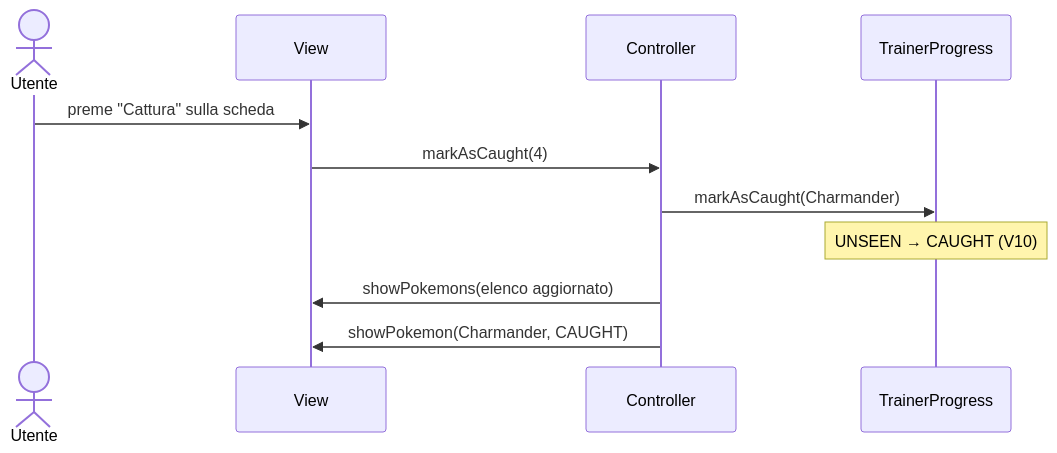
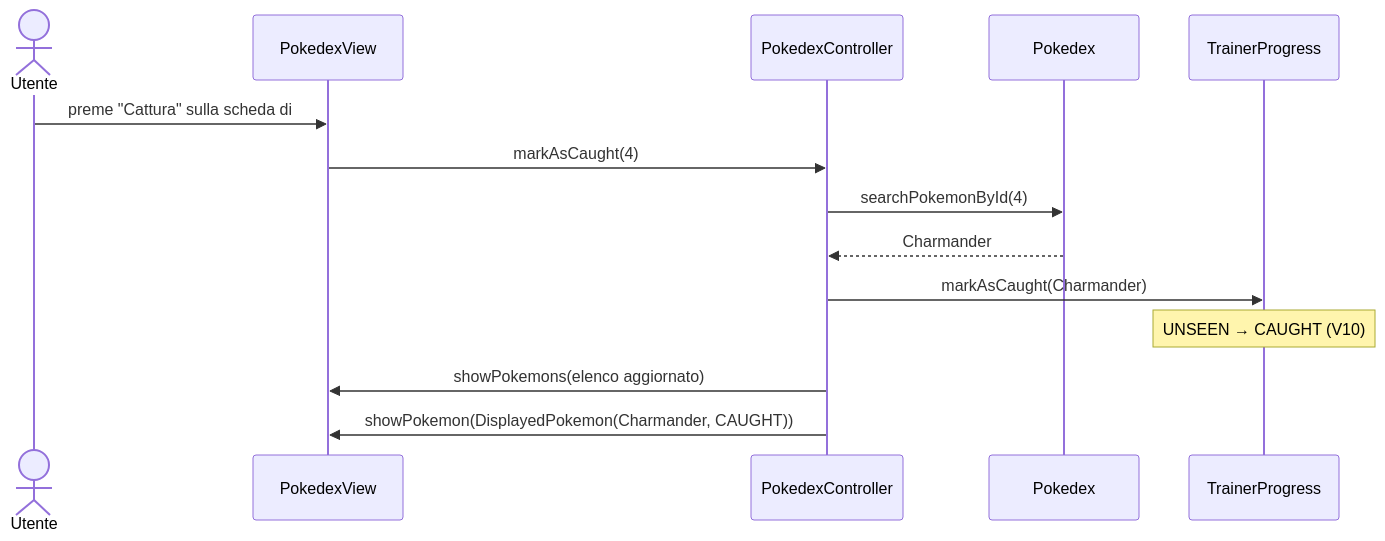
The third of 3 diagrams in docs/architettura.md (cric96/pss-pokedex-fx), drawn with Mermaid before and after one commit. The commit also changed other lines of this file and 5 other files, not shown here.

First line of the commit message:
docs: analysis, architecture and detailed design following the report template

````diff
--- a/docs/architettura.md
+++ b/docs/architettura.md
@@ -95,13 +124,16 @@
 ```mermaid
 sequenceDiagram
     actor U as Utente
-    participant V as View
-    participant C as Controller
+    participant V as PokedexView
+    participant C as PokedexController
+    participant P as Pokedex
     participant T as TrainerProgress
-    U->>V: preme "Cattura" sulla scheda
+    U->>V: preme "Cattura" sulla scheda di #004
     V->>C: markAsCaught(4)
+    C->>P: searchPokemonById(4)
+    P-->>C: Charmander
     C->>T: markAsCaught(Charmander)
     Note over T: UNSEEN → CAUGHT (V10)
     C->>V: showPokemons(elenco aggiornato)
-    C->>V: showPokemon(Charmander, CAUGHT)
+    C->>V: showPokemon(DisplayedPokemon(Charmander, CAUGHT))
 ```
````
